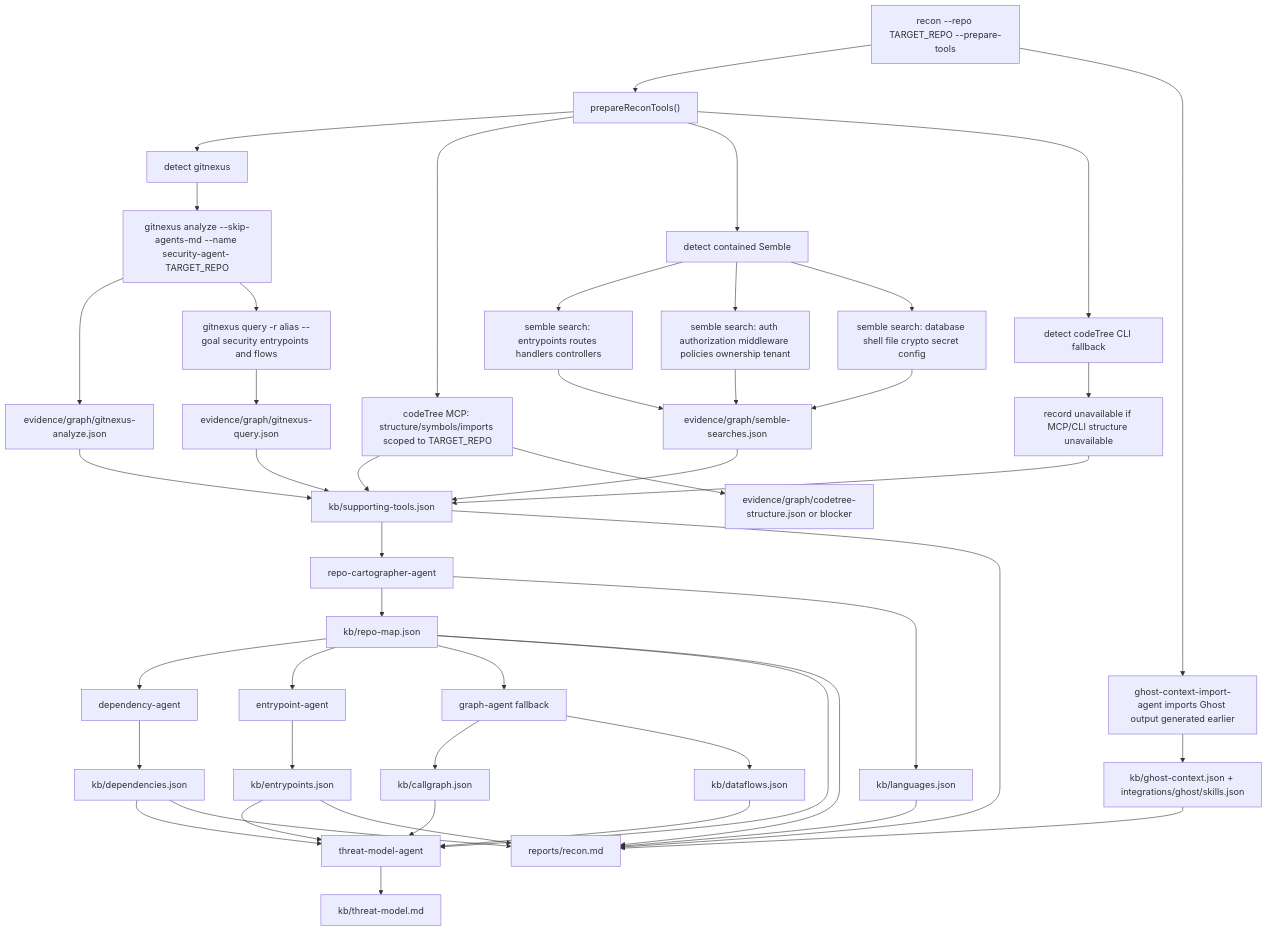
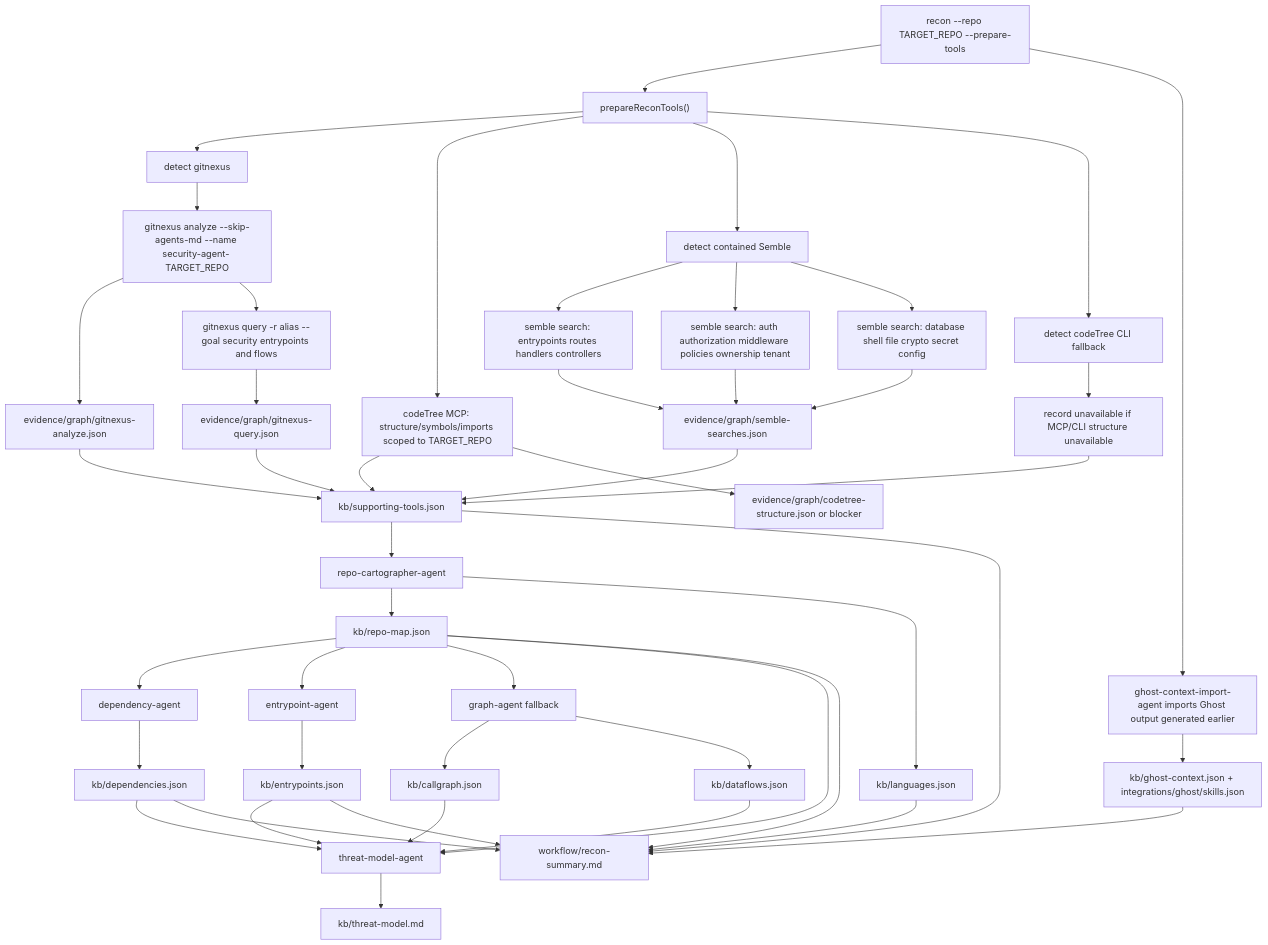
The fourth of 8 diagrams in docs/security-agent-flow.md (xfhg/security-agent), drawn with Mermaid before and after one commit. The commit also changed other lines of this file and 7 other files, not shown here.

````diff
--- a/docs/security-agent-flow.md
+++ b/docs/security-agent-flow.md
@@ -138,59 +138,59 @@
 ```mermaid
 flowchart TD
   ReconStart["recon --repo TARGET_REPO --prepare-tools"] --> ToolPrep["prepareReconTools()"]
   ReconStart --> GhostContext["ghost-context-import-agent imports Ghost output generated earlier"]
   GhostContext --> GhostContextArtifact["kb/ghost-context.json + integrations/ghost/skills.json"]
 
   ToolPrep --> GitNexusDetect["detect gitnexus"]
   ToolPrep --> CodeTreeMCP["codeTree MCP: structure/symbols/imports scoped to TARGET_REPO"]
   GitNexusDetect --> GitNexusAnalyze["gitnexus analyze --skip-agents-md --name security-agent-<hash> TARGET_REPO"]
   GitNexusAnalyze --> GitNexusAnalyzeArtifact["evidence/graph/gitnexus-analyze.json"]
   GitNexusAnalyze --> GitNexusQuery["gitnexus query -r alias --goal security entrypoints and flows"]
   GitNexusQuery --> GitNexusQueryArtifact["evidence/graph/gitnexus-query.json"]
 
   ToolPrep --> SembleDetect["detect contained Semble"]
   SembleDetect --> SembleSearch1["semble search: entrypoints routes handlers controllers"]
   SembleDetect --> SembleSearch2["semble search: auth authorization middleware policies ownership tenant"]
   SembleDetect --> SembleSearch3["semble search: database shell file crypto secret config"]
   SembleSearch1 --> SembleArtifact["evidence/graph/semble-searches.json"]
   SembleSearch2 --> SembleArtifact
   SembleSearch3 --> SembleArtifact
 
   ToolPrep --> CodeTreeDetect["detect codeTree CLI fallback"]
   CodeTreeDetect --> CodeTreeRecord["record unavailable if MCP/CLI structure unavailable"]
 
   GitNexusAnalyzeArtifact --> SupportingTools["kb/supporting-tools.json"]
   GitNexusQueryArtifact --> SupportingTools
   SembleArtifact --> SupportingTools
   CodeTreeMCP --> SupportingTools
   CodeTreeMCP --> CodeTreeArtifact["evidence/graph/codetree-structure.json or blocker"]
   CodeTreeRecord --> SupportingTools
 
   SupportingTools --> Cartographer["repo-cartographer-agent"]
   Cartographer --> RepoMap["kb/repo-map.json"]
   Cartographer --> Languages["kb/languages.json"]
 
   RepoMap --> Dependency["dependency-agent"]
   Dependency --> Dependencies["kb/dependencies.json"]
 
   RepoMap --> Entrypoint["entrypoint-agent"]
   Entrypoint --> Entrypoints["kb/entrypoints.json"]
 
   RepoMap --> Graph["graph-agent fallback"]
   Graph --> Callgraph["kb/callgraph.json"]
   Graph --> Dataflows["kb/dataflows.json"]
 
   RepoMap --> ThreatModel["threat-model-agent"]
   Dependencies --> ThreatModel
   Entrypoints --> ThreatModel
   Callgraph --> ThreatModel
   Dataflows --> ThreatModel
   ThreatModel --> ThreatModelMd["kb/threat-model.md"]
 
-  GhostContextArtifact --> ReconReport["reports/recon.md"]
+  GhostContextArtifact --> ReconReport["workflow/recon-summary.md"]
   RepoMap --> ReconReport
   Languages --> ReconReport
   Dependencies --> ReconReport
   Entrypoints --> ReconReport
   SupportingTools --> ReconReport
 ```
````
